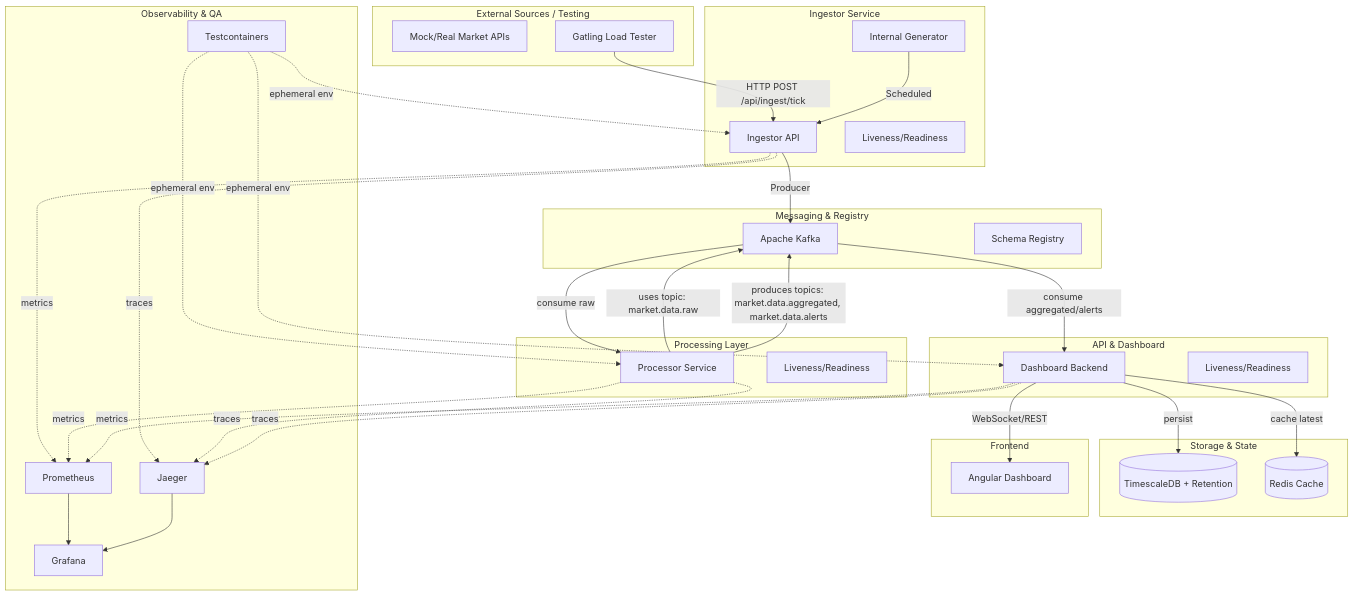
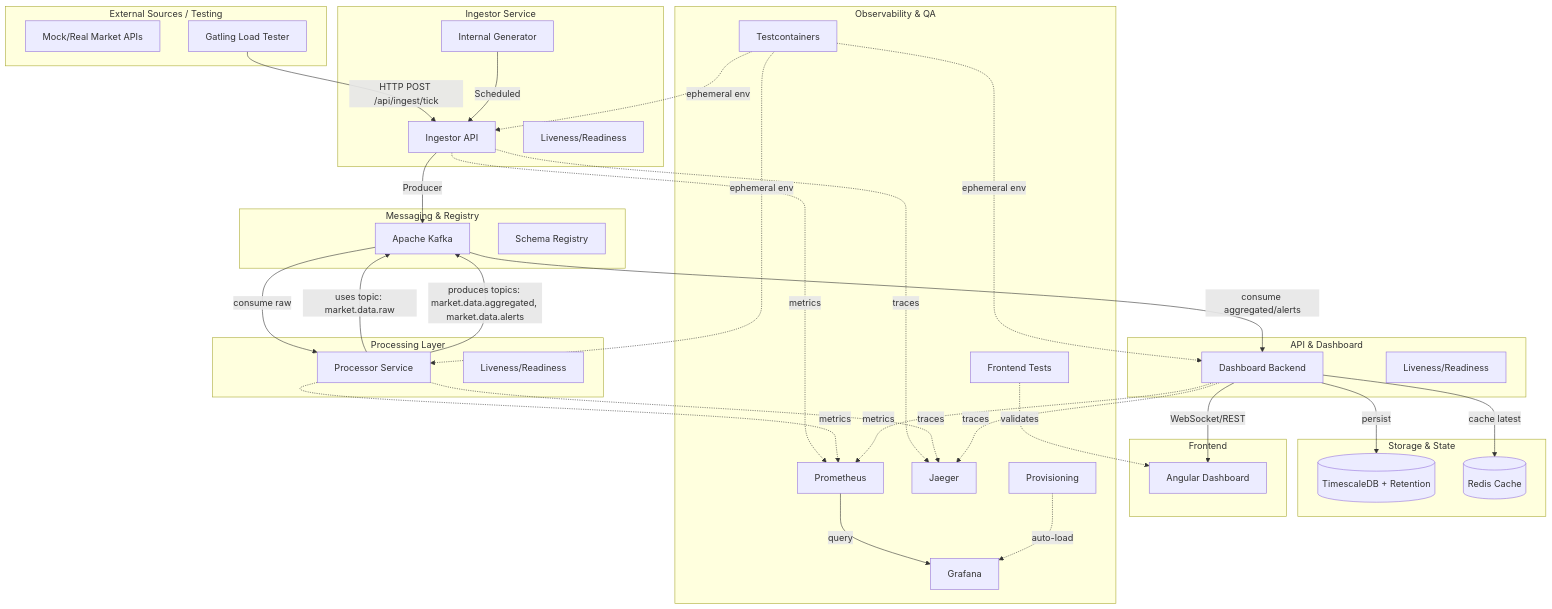
One commit to dawidbera/market-data-pipeline changed the first of 2 diagrams in README.md. Above: the diagram before and after it, drawn with Mermaid. The commit also changed other lines of this file and 2 other files, not shown here.

Commit message:
feat: add automated tests and update documentation

````diff
--- a/README.md
+++ b/README.md
@@ -18,61 +18,65 @@
 ```mermaid
 graph TD
     subgraph "External Sources / Testing"
         APIs[Mock/Real Market APIs]
         GAT[Gatling Load Tester]
     end
 
     subgraph "Ingestor Service"
         IS[Ingestor API]
         IG[Internal Generator]
         IS_H[Liveness/Readiness]
     end
 
     subgraph "Messaging & Registry"
         K[Apache Kafka]
         SR[Schema Registry]
     end
 
     subgraph "Processing Layer"
         PS[Processor Service]
         PS_H[Liveness/Readiness]
         PS -- uses topic: market.data.raw --> K
         PS -- produces topics: market.data.aggregated, market.data.alerts --> K
     end
 
     subgraph "Storage & State"
         DB[(TimescaleDB + Retention)]
         R[(Redis Cache)]
     end
 
     subgraph "API & Dashboard"
         DS[Dashboard Backend]
         DS_H[Liveness/Readiness]
     end
 
     subgraph "Frontend"
         FE[Angular Dashboard]
     end
 
     subgraph "Observability & QA"
         PROM[Prometheus]
         GRAF[Grafana]
         JAEG[Jaeger]
         TC[Testcontainers]
+        FET[Frontend Tests]
+        PROV[Provisioning]
     end
 
     GAT -- HTTP POST /api/ingest/tick --> IS
     IG -- Scheduled --> IS
     IS -- Producer --> K
     K -- consume raw --> PS
     K -- consume aggregated/alerts --> DS
     DS -- persist --> DB
     DS -- cache latest --> R
     DS -- WebSocket/REST --> FE
+    FET -. validates .-> FE
 
     %% Observability & Health
     IS & PS & DS -. metrics .-> PROM
     IS & PS & DS -. traces .-> JAEG
-    PROM & JAEG --> GRAF
+    PROM -- query --> GRAF
+    PROV -. auto-load .-> GRAF
     TC -. ephemeral env .-> IS & PS & DS
 ```
````
